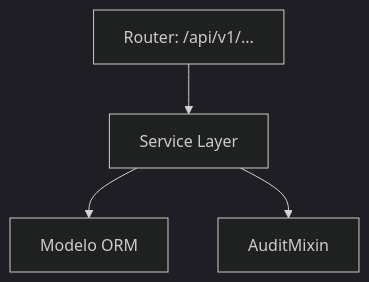
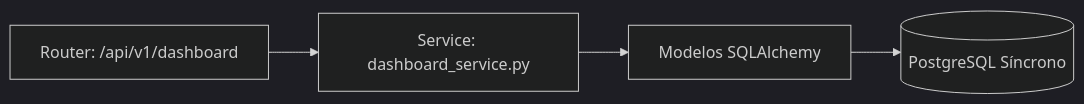
The diagram in website/docs/tecnico/04-modulos/12-dashboard-reportes.md (TuGfaNat/Plataforma-MEH), drawn with Mermaid (dark theme) before and after one commit. The commit also changed other lines of this file and 44 other files, not shown here.

````diff
--- a/website/docs/tecnico/04-modulos/12-dashboard-reportes.md
+++ b/website/docs/tecnico/04-modulos/12-dashboard-reportes.md
@@ -19,6 +17,6 @@
 ```mermaid
-graph TD
-    Router[Router: /api/v1/...] --> Service[Service Layer]
-    Service --> Model[Modelo ORM]
-    Service --> AuditMixin[AuditMixin]
+graph LR
+    API[Router: /api/v1/dashboard] --> Service[Service: dashboard_service.py]
+    Service --> Models[Modelos SQLAlchemy]
+    Models --> DB[(PostgreSQL Síncrono)]
 ```
````
